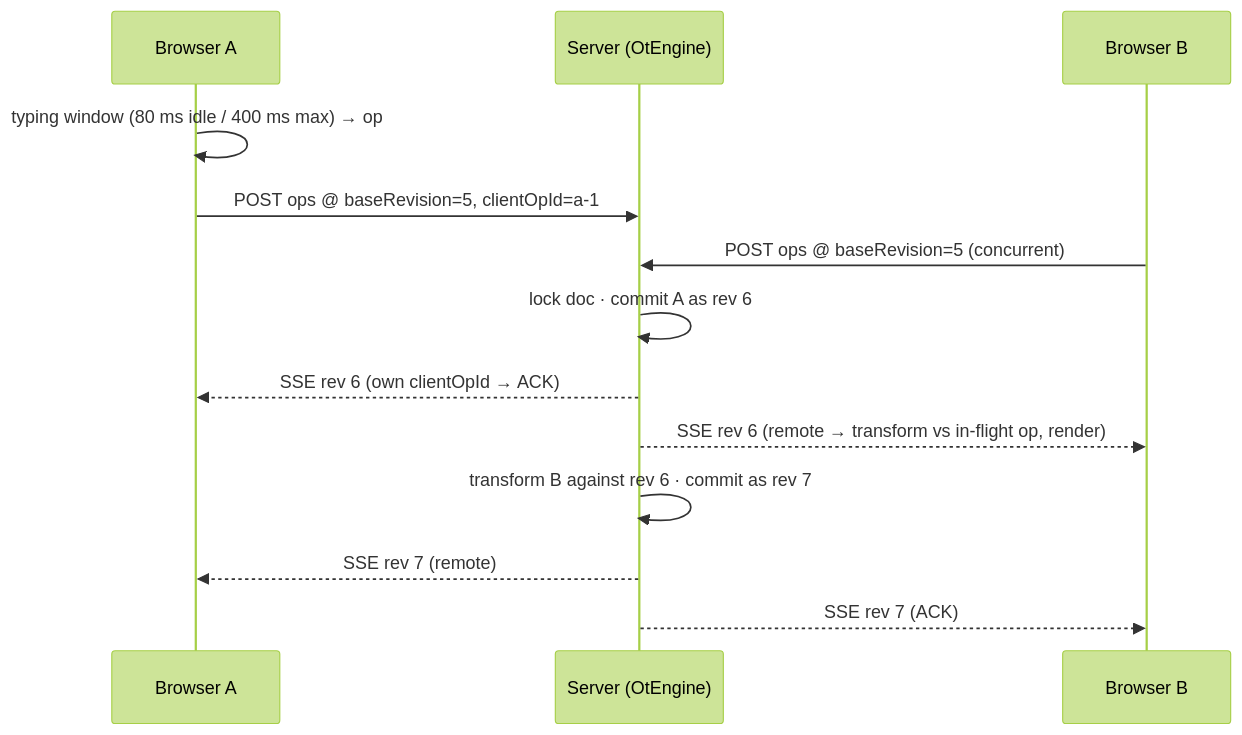
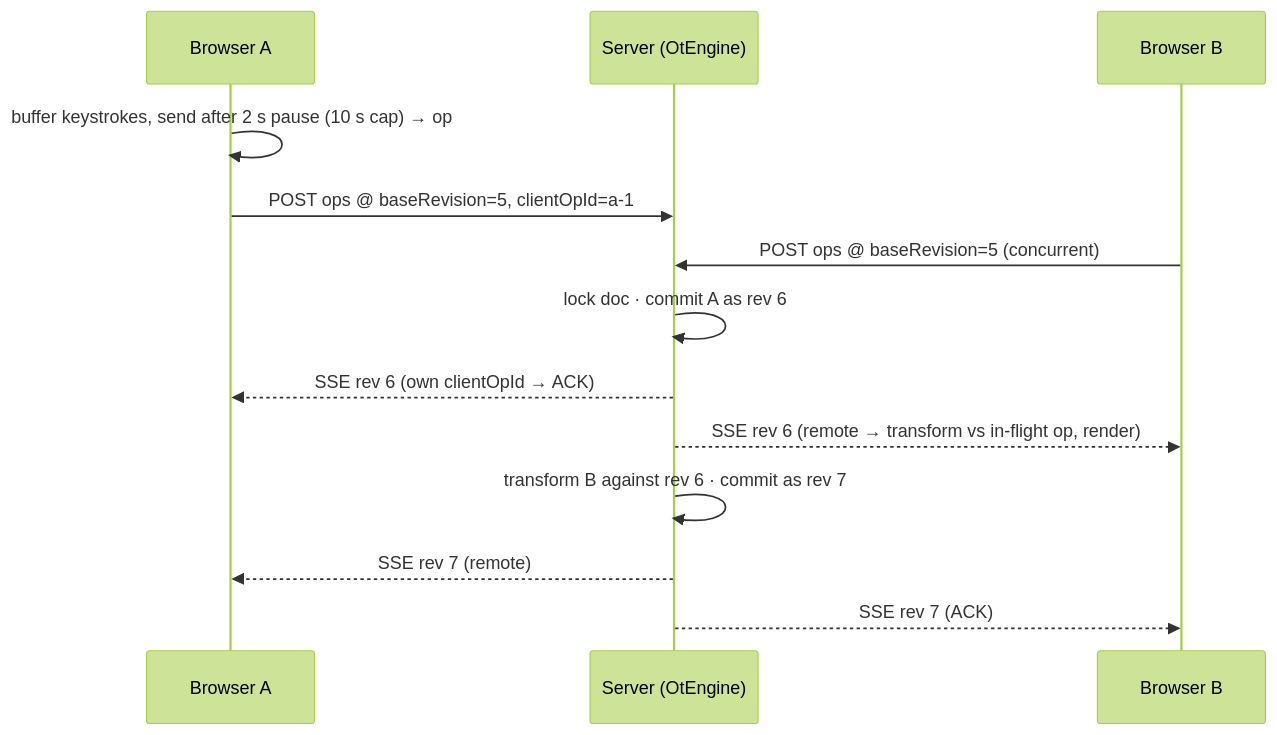
Before and after one commit to JZChen/SystemDesignPractice: the second of 2 diagrams in google-docs/README.md, drawn with Mermaid (forest theme). The commit also changed 1 other file, not shown here.

Commit message:
docs(google-docs): document the 2 s typing-pause send buffer
- ACK queue state diagram: Buffering state and the sendRequested gate
- Input coalescing: 2 s idle / 10 s cap, remote ops capture only, trade-offs
- Status table, file tree, test counts and manual verification steps

````diff
--- a/google-docs/README.md
+++ b/google-docs/README.md
@@ -106,15 +106,15 @@
 ```mermaid
 sequenceDiagram
     participant A as Browser A
     participant S as Server (OtEngine)
     participant B as Browser B
-    A->>A: typing window (80 ms idle / 400 ms max) → op
+    A->>A: buffer keystrokes, send after 2 s pause (10 s cap) → op
     A->>S: POST ops @ baseRevision=5, clientOpId=a-1
     B->>S: POST ops @ baseRevision=5 (concurrent)
     S->>S: lock doc · commit A as rev 6
     S-->>A: SSE rev 6 (own clientOpId → ACK)
     S-->>B: SSE rev 6 (remote → transform vs in-flight op, render)
     S->>S: transform B against rev 6 · commit as rev 7
     S-->>A: SSE rev 7 (remote)
     S-->>B: SSE rev 7 (ACK)
 ```
````
